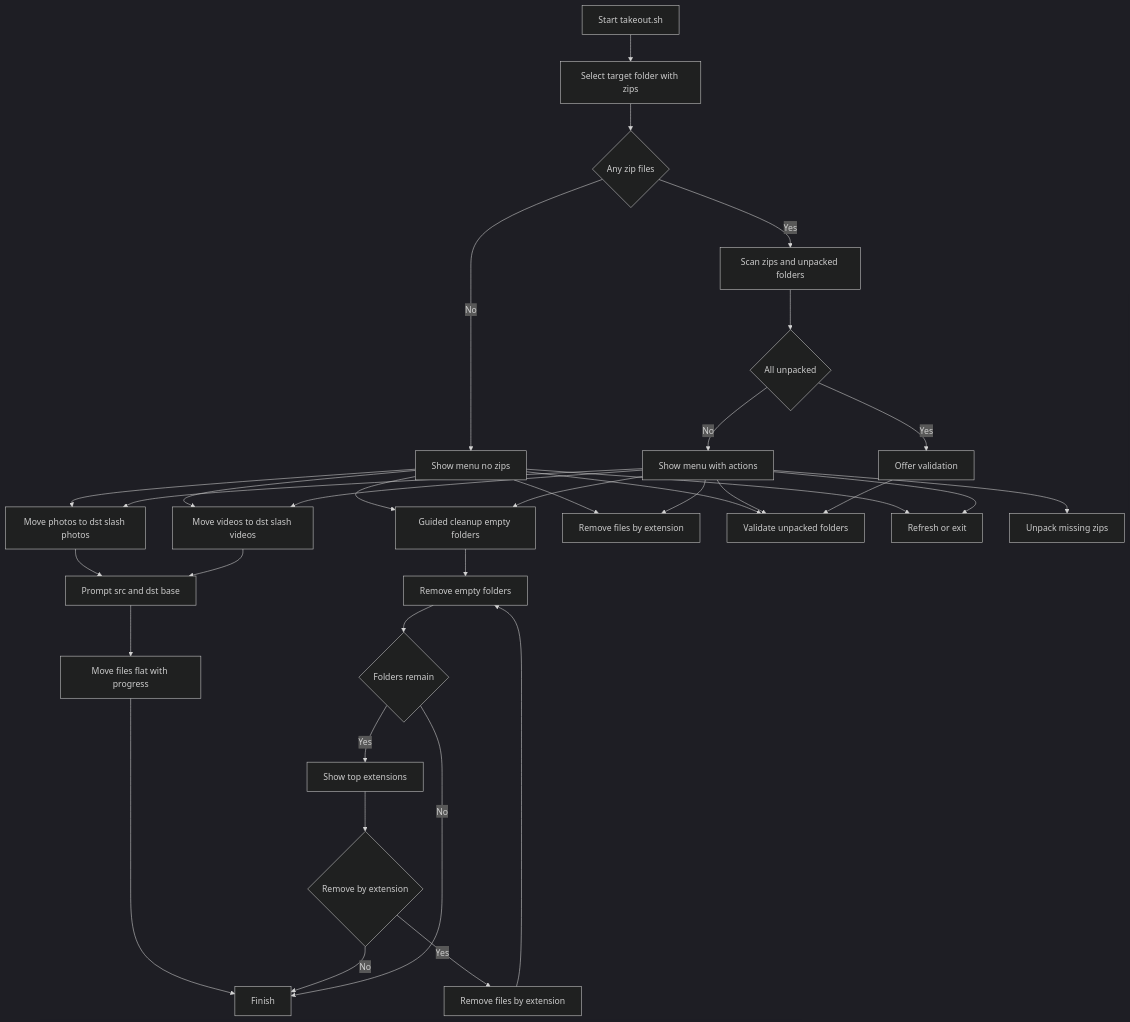
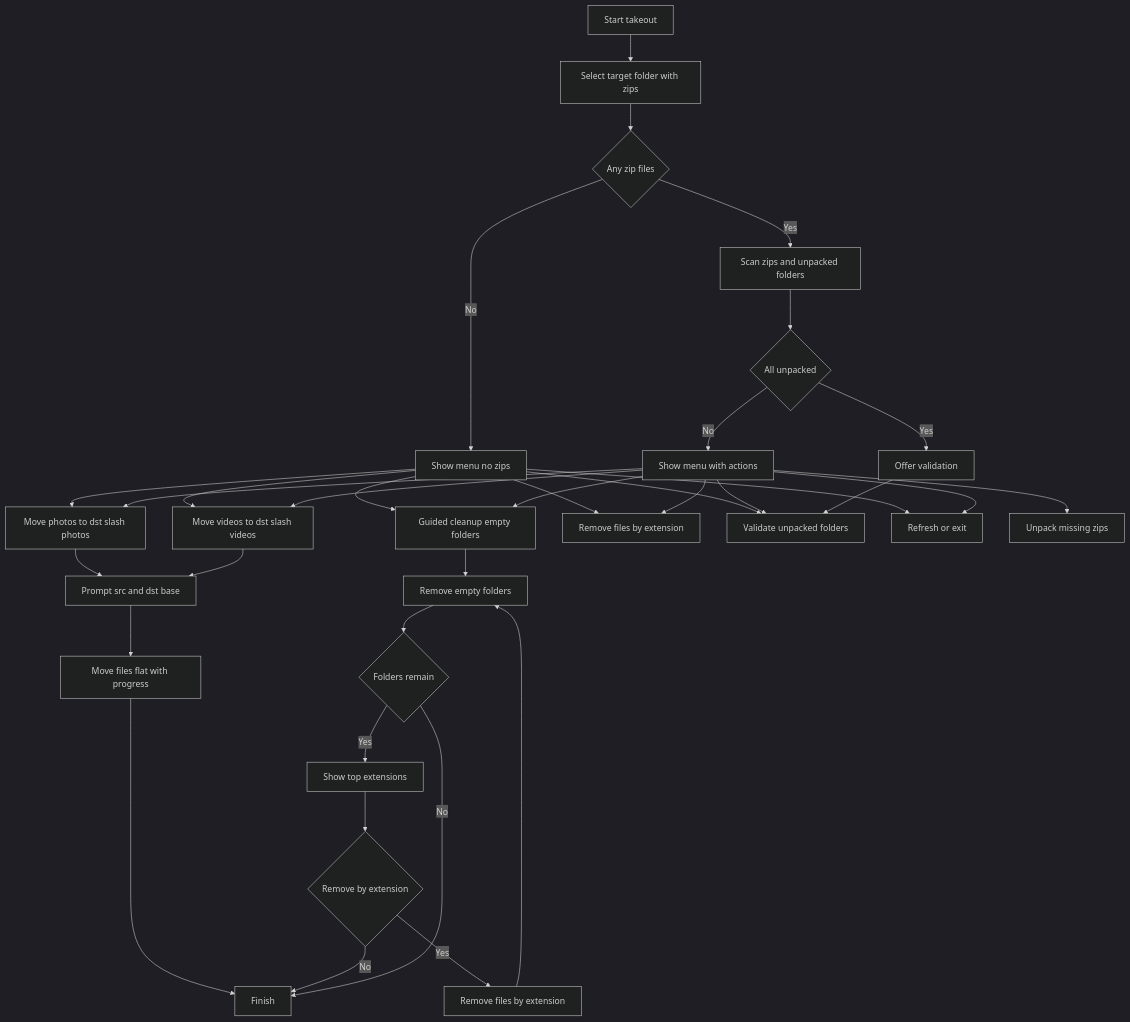
The diagram in README.md (starodubtsevconsulting/google-photos-take-away), drawn with Mermaid (dark theme) before and after one commit. The commit also changed other lines of this file, not shown here.

````diff
--- a/README.md
+++ b/README.md
@@ -70,41 +72,41 @@
 ```mermaid
 flowchart TD
-  A[Start takeout.sh] --> B[Select target folder with zips]
+  A[Start takeout] --> B[Select target folder with zips]
   B --> C{Any zip files}
   C -->|No| D[Show menu no zips]
   C -->|Yes| E[Scan zips and unpacked folders]
   E --> F{All unpacked}
   F -->|Yes| G[Offer validation]
   F -->|No| H[Show menu with actions]
 
   D --> I[Move photos to dst slash photos]
   D --> J[Move videos to dst slash videos]
   D --> K[Guided cleanup empty folders]
   D --> L[Remove files by extension]
   D --> M[Validate unpacked folders]
   D --> N[Refresh or exit]
 
   H --> M[Validate unpacked folders]
   H --> O[Unpack missing zips]
   H --> I
   H --> J
   H --> K
   H --> L
   H --> N
 
   I --> P[Prompt src and dst base]
   J --> P
   P --> Q[Move files flat with progress]
   Q --> R[Finish]
 
   K --> S[Remove empty folders]
   S --> T{Folders remain}
   T -->|Yes| U[Show top extensions]
   U --> V{Remove by extension}
   V -->|Yes| W[Remove files by extension]
   W --> S
   V -->|No| R
   T -->|No| R
 
   G --> M
 ```
````
